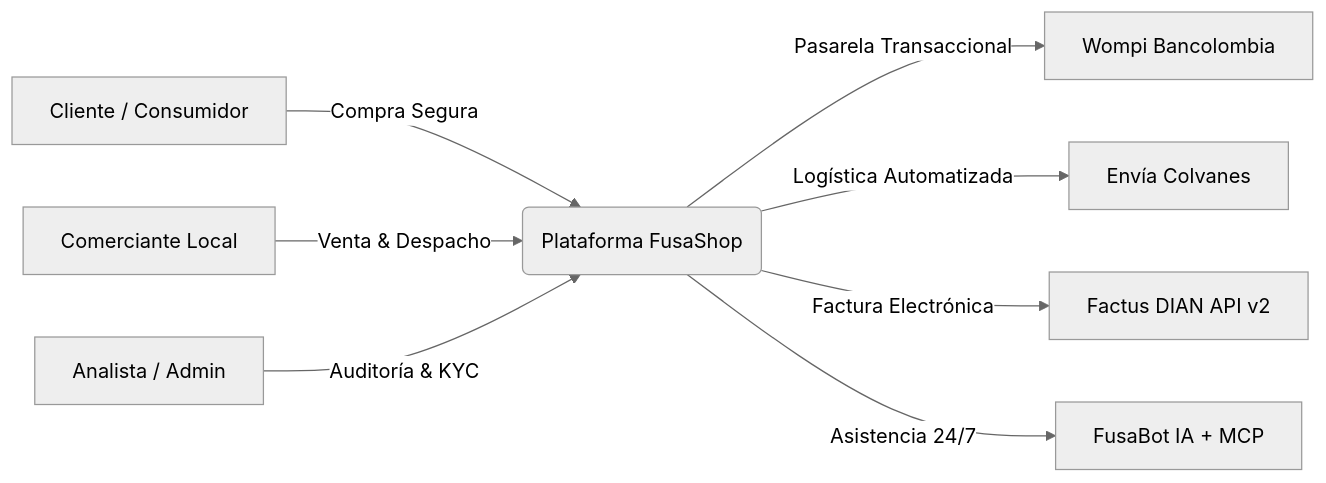
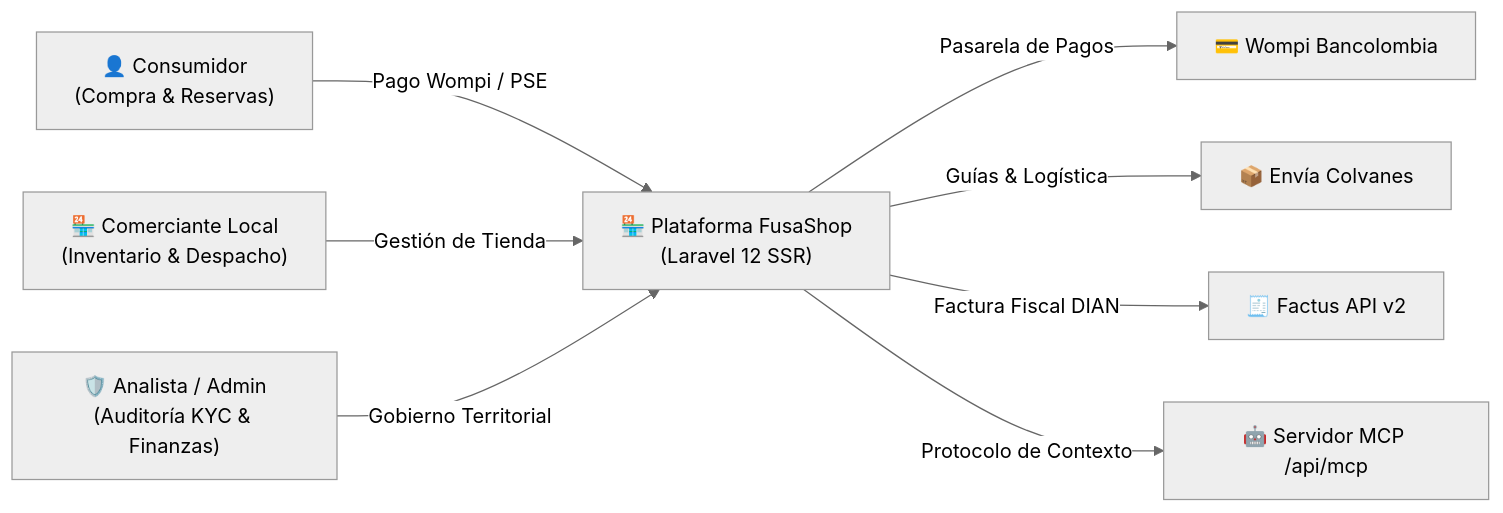
Before and after one commit to Zantival/Manuales_Fusashop: the diagram in index.mdx, drawn with Mermaid (neutral theme). The commit also changed other lines of this file and 8 other files, not shown here.

````diff
--- a/index.mdx
+++ b/index.mdx
@@ -64,10 +44,10 @@
 ```mermaid
-graph LR
-    A[Cliente / Consumidor] -->|Compra Segura| B(Plataforma FusaShop)
-    C[Comerciante Local] -->|Venta & Despacho| B
-    D[Analista / Admin] -->|Auditoría & KYC| B
-    B -->|Pasarela Transaccional| W[Wompi Bancolombia]
-    B -->|Logística Automatizada| E[Envía Colvanes]
-    B -->|Factura Electrónica| F[Factus DIAN API v2]
-    B -->|Asistencia 24/7| M[FusaBot IA + MCP]
+flowchart LR
+    Consumidor["👤 Consumidor\n(Compra & Reservas)"] -->|Pago Wompi / PSE| FusaShop["🏪 Plataforma FusaShop\n(Laravel 12 SSR)"]
+    Comerciante["🏪 Comerciante Local\n(Inventario & Despacho)"] -->|Gestión de Tienda| FusaShop
+    Analista["🛡️ Analista / Admin\n(Auditoría KYC & Finanzas)"] -->|Gobierno Territorial| FusaShop
+    FusaShop -->|Pasarela de Pagos| Wompi["💳 Wompi Bancolombia"]
+    FusaShop -->|Guías & Logística| Envia["📦 Envía Colvanes"]
+    FusaShop -->|Factura Fiscal DIAN| Factus["🧾 Factus API v2"]
+    FusaShop -->|Protocolo de Contexto| MCP["🤖 Servidor MCP /api/mcp"]
 ```
````
